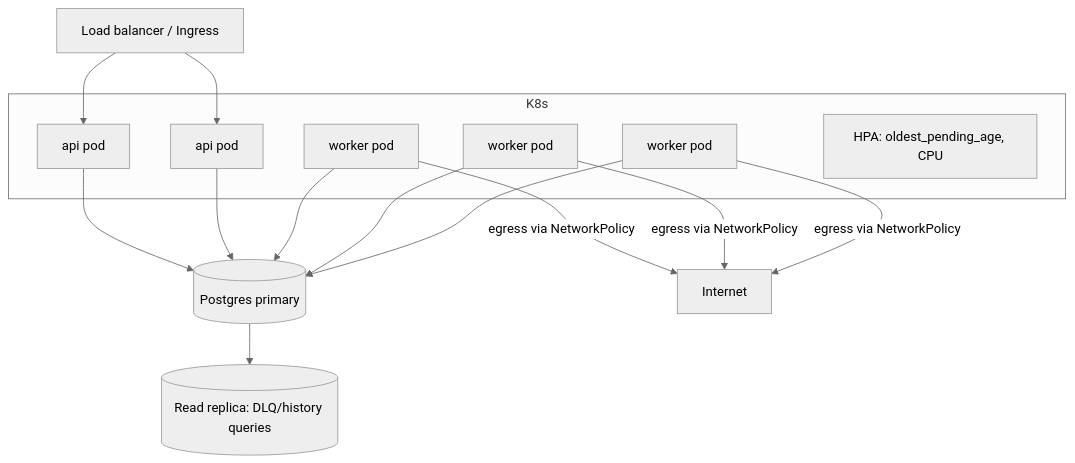
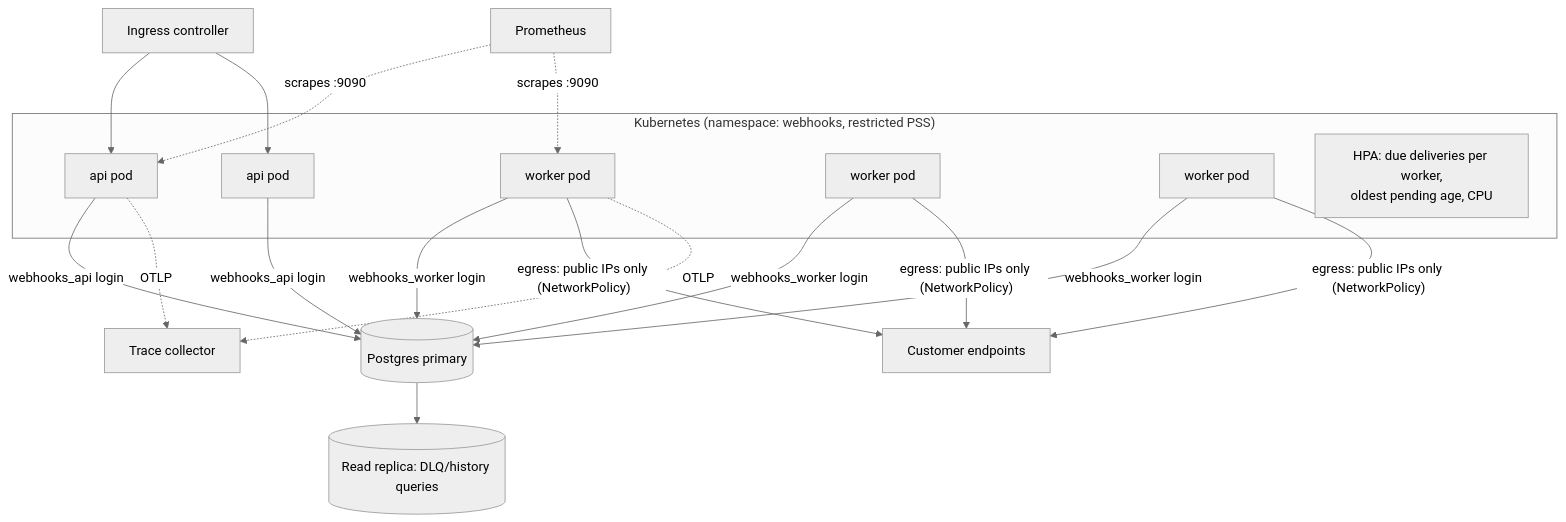
The sixth of 6 diagrams in docs/architecture.md (SuyashMuley/Webhook_Delivery_Service), drawn with Mermaid (neutral theme) before and after one commit. The commit also changed other lines of this file and 81 other files, not shown here.

````diff
--- a/docs/architecture.md
+++ b/docs/architecture.md
@@ -174,12 +204,15 @@
 ```mermaid
 flowchart TB
-    LB[Load balancer / Ingress] --> API1[api pod] & API2[api pod]
-    subgraph K8s
+    ING[Ingress controller] --> API1[api pod] & API2[api pod]
+    subgraph K8s["Kubernetes (namespace: webhooks, restricted PSS)"]
         API1 & API2
         W1[worker pod] & W2[worker pod] & W3[worker pod]
-        HPA[HPA: oldest_pending_age, CPU]
+        HPA["HPA: due deliveries per worker,<br/>oldest pending age, CPU"]
     end
-    API1 & API2 & W1 & W2 & W3 --> PGP[(Postgres primary)]
+    API1 & API2 -- "webhooks_api login" --> PGP[(Postgres primary)]
+    W1 & W2 & W3 -- "webhooks_worker login" --> PGP
     PGP --> PGR[(Read replica: DLQ/history queries)]
-    W1 & W2 & W3 -- egress via NetworkPolicy --> NET[Internet]
+    W1 & W2 & W3 -- "egress: public IPs only (NetworkPolicy)" --> NET[Customer endpoints]
+    PROM[Prometheus] -. scrapes :9090 .-> API1 & W1
+    API1 & W1 -. OTLP .-> TRACES[Trace collector]
 ```
````
